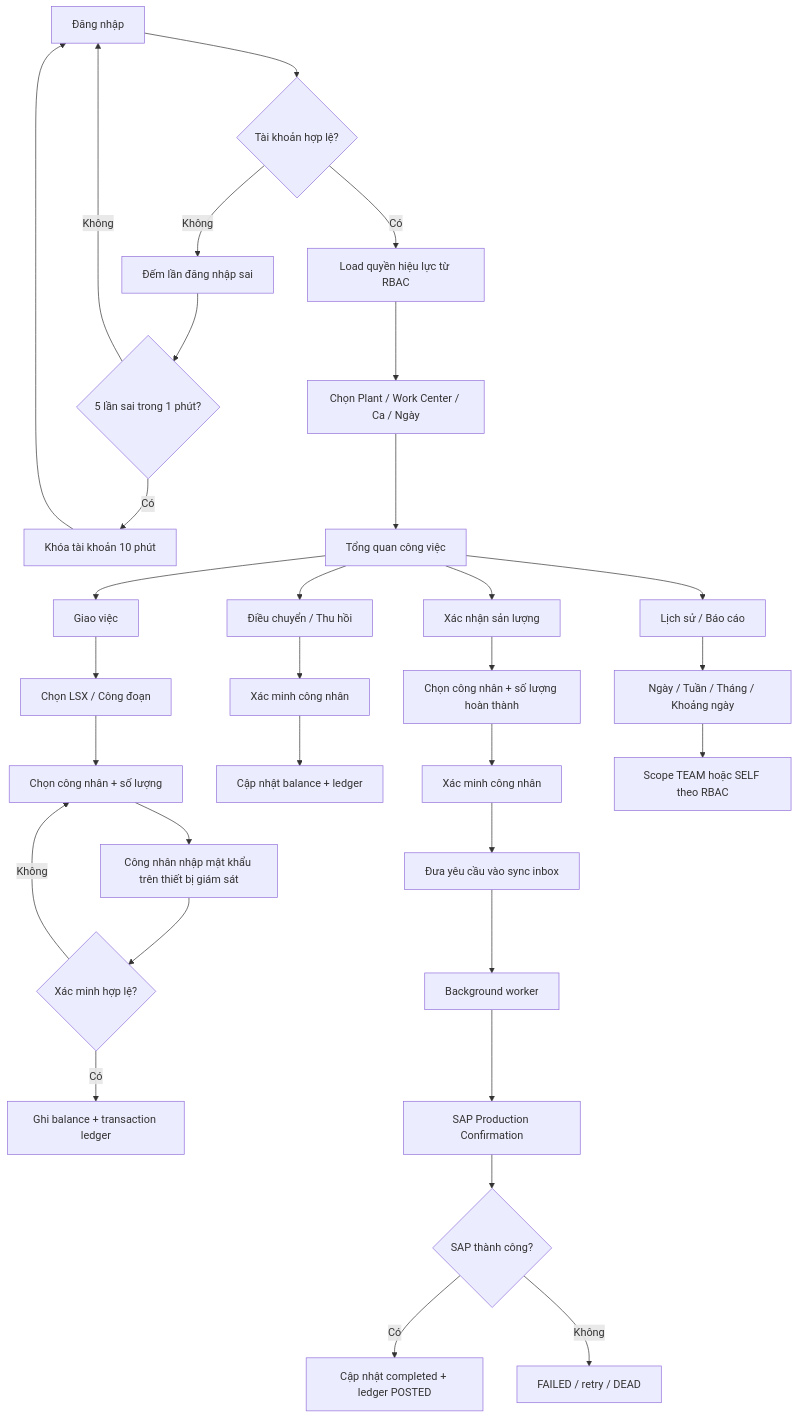
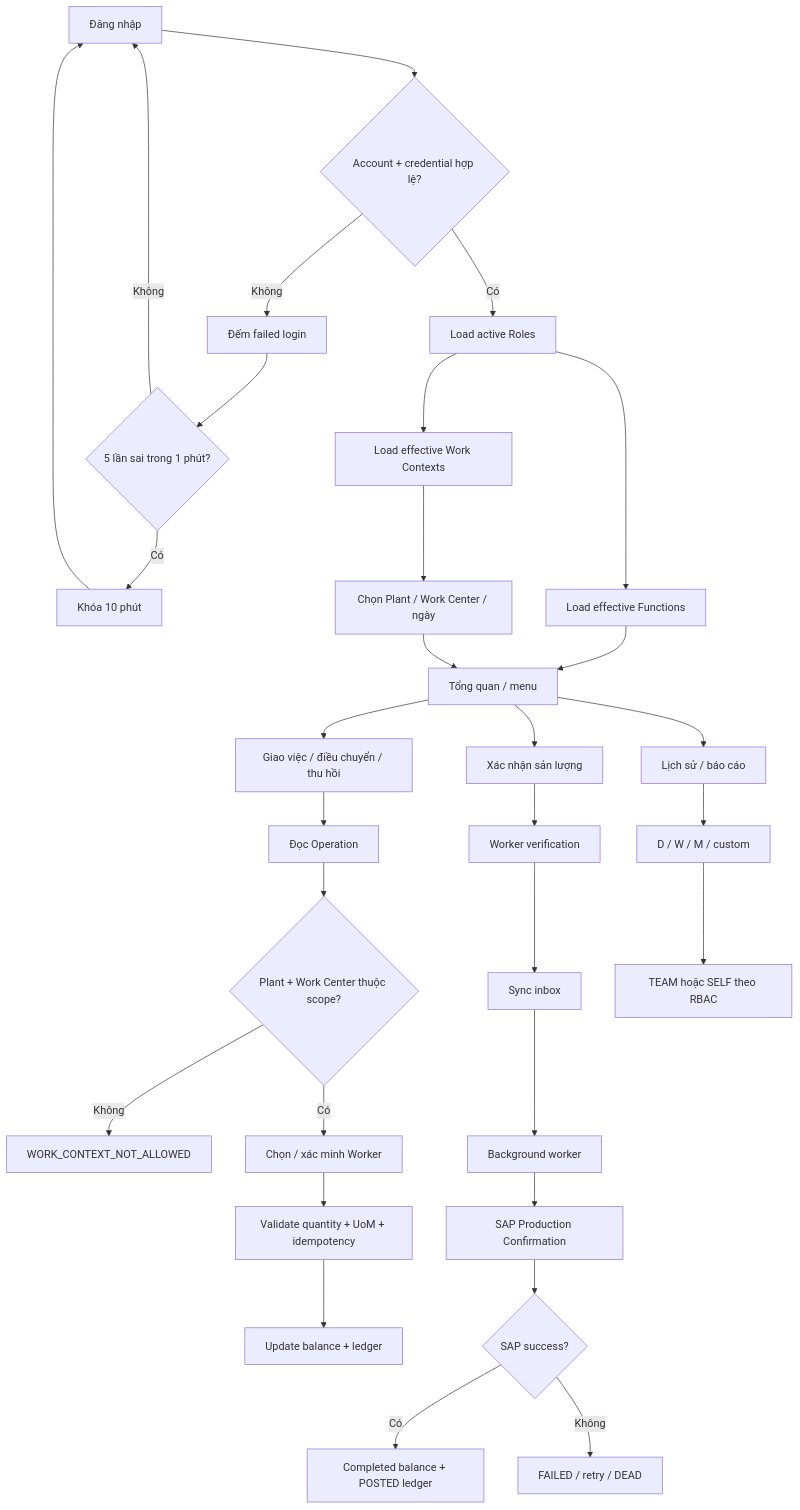
One commit to nguyenduckhiem1002-dot/abap_casla_app_mobile changed the diagram in README.md. Above: the diagram before and after it, drawn with Mermaid. The commit also changed other lines of this file, not shown here.

Commit message:
Align README with role work-context and Fiori admin flow

````diff
--- a/README.md
+++ b/README.md
@@ -21,39 +25,37 @@
 ```mermaid
 flowchart TD
-    A[Đăng nhập] --> B{Tài khoản hợp lệ?}
-    B -- Không --> C[Đếm lần đăng nhập sai]
+    A[Đăng nhập] --> B{Account + credential hợp lệ?}
+    B -- Không --> C[Đếm failed login]
     C --> D{5 lần sai trong 1 phút?}
-    D -- Có --> E[Khóa tài khoản 10 phút]
+    D -- Có --> E[Khóa 10 phút]
     D -- Không --> A
     E --> A
 
-    B -- Có --> F[Load quyền hiệu lực từ RBAC]
-    F --> G[Chọn Plant / Work Center / Ca / Ngày]
-    G --> H[Tổng quan công việc]
+    B -- Có --> F[Load active Roles]
+    F --> G[Load effective Functions]
+    F --> H[Load effective Work Contexts]
+    H --> I[Chọn Plant / Work Center / ngày]
+    G --> J[Tổng quan / menu]
+    I --> J
 
-    H --> I[Giao việc]
-    I --> J[Chọn LSX / Công đoạn]
-    J --> K[Chọn công nhân + số lượng]
-    K --> L[Công nhân nhập mật khẩu trên thiết bị giám sát]
-    L --> M{Xác minh hợp lệ?}
-    M -- Không --> K
-    M -- Có --> N[Ghi balance + transaction ledger]
+    J --> K[Giao việc / điều chuyển / thu hồi]
+    K --> L[Đọc Operation]
+    L --> M{Plant + Work Center thuộc scope?}
+    M -- Không --> N[WORK_CONTEXT_NOT_ALLOWED]
+    M -- Có --> O[Chọn / xác minh Worker]
+    O --> P[Validate quantity + UoM + idempotency]
+    P --> Q[Update balance + ledger]
 
-    H --> O[Điều chuyển / Thu hồi]
-    O --> P[Xác minh công nhân]
-    P --> Q[Cập nhật balance + ledger]
+    J --> R[Xác nhận sản lượng]
+    R --> S[Worker verification]
+    S --> T[Sync inbox]
+    T --> U[Background worker]
+    U --> V[SAP Production Confirmation]
+    V --> W{SAP success?}
+    W -- Có --> X[Completed balance + POSTED ledger]
+    W -- Không --> Y[FAILED / retry / DEAD]
 
-    H --> R[Xác nhận sản lượng]
-    R --> S[Chọn công nhân + số lượng hoàn thành]
-    S --> T[Xác minh công nhân]
-    T --> U[Đưa yêu cầu vào sync inbox]
-    U --> V[Background worker]
-    V --> W[SAP Production Confirmation]
-    W --> X{SAP thành công?}
-    X -- Có --> Y[Cập nhật completed + ledger POSTED]
-    X -- Không --> Z[FAILED / retry / DEAD]
-
-    H --> AA[Lịch sử / Báo cáo]
-    AA --> AB[Ngày / Tuần / Tháng / Khoảng ngày]
-    AB --> AC[Scope TEAM hoặc SELF theo RBAC]
+    J --> Z[Lịch sử / báo cáo]
+    Z --> ZA[D / W / M / custom]
+    ZA --> ZB[TEAM hoặc SELF theo RBAC]
 ```
````
